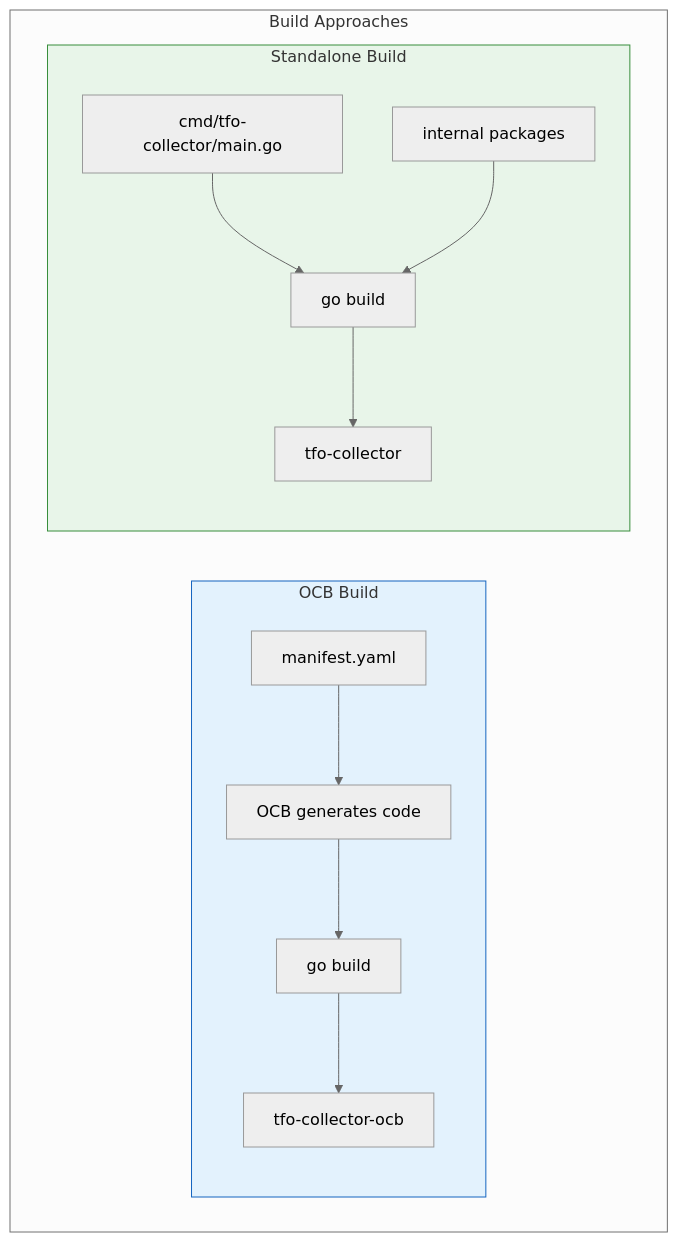
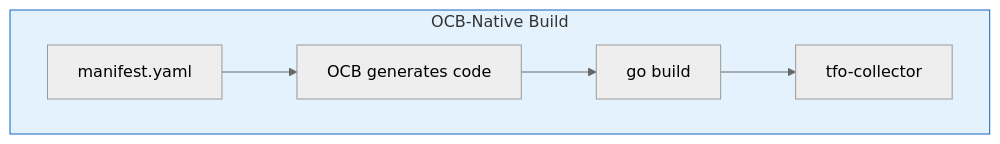
The second of 4 diagrams in docs/OCB_BUILD.md (telemetryflow/telemetryflow-collector), drawn with Mermaid (neutral theme) before and after one commit. The commit also changed other lines of this file and 67 other files, not shown here.

````diff
--- a/docs/OCB_BUILD.md
+++ b/docs/OCB_BUILD.md
@@ -43,25 +45,12 @@
 ```mermaid
 graph TB
-    subgraph Approaches["Build Approaches"]
-        subgraph OCB_Build["OCB Build"]
-            O1[manifest.yaml]
-            O2[OCB generates code]
-            O3[go build]
-            O4[tfo-collector-ocb]
-            O1 --> O2 --> O3 --> O4
-        end
-
-        subgraph Standalone["Standalone Build"]
-            S1[cmd/tfo-collector/main.go]
-            S2[internal packages]
-            S3[go build]
-            S4[tfo-collector]
-            S1 --> S3
-            S2 --> S3
-            S3 --> S4
-        end
+    subgraph OCB_Build["OCB-Native Build"]
+        O1[manifest.yaml]
+        O2[OCB generates code]
+        O3[go build]
+        O4[tfo-collector]
+        O1 --> O2 --> O3 --> O4
     end
 
     style OCB_Build fill:#E3F2FD,stroke:#1565C0
-    style Standalone fill:#E8F5E9,stroke:#388E3C
 ```
````
